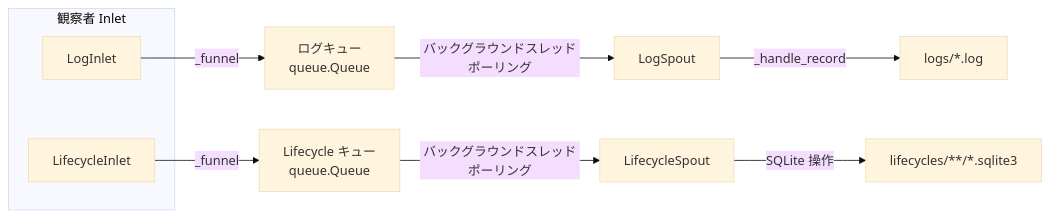
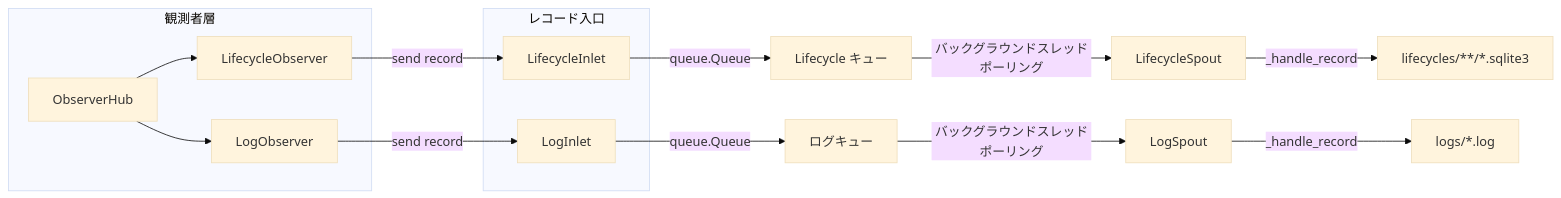
The diagram in docs/ja/src/persist/__init__.md (Mr-xiaotian/CelestialFlow), drawn with Mermaid (base theme) before and after one commit. The commit also changed other lines of this file and 176 other files, not shown here.

````diff
--- a/docs/ja/src/persist/__init__.md
+++ b/docs/ja/src/persist/__init__.md
@@ -68,16 +94,21 @@
 ```mermaid
 flowchart LR
-    subgraph Producer[観察者 Inlet]
-        LogInlet[LogInlet]
-        LifecycleInlet[LifecycleInlet]
+    subgraph EventBus[観測者層]
+        Hub[ObserverHub] --> LifecycleObs[LifecycleObserver]
+        Hub --> LogObs[LogObserver]
     end
 
-    LogInlet -->|_funnel| LogQueue[ログキュー<br/>queue.Queue]
-    LifecycleInlet -->|_funnel| LifecycleQueue[Lifecycle キュー<br/>queue.Queue]
+    subgraph Producer[レコード入口]
+        LifecycleObs -->|send record| LifecycleInlet[LifecycleInlet]
+        LogObs -->|send record| LogInlet[LogInlet]
+    end
 
+    LifecycleInlet -->|queue.Queue| LifecycleQueue[Lifecycle キュー]
+    LogInlet -->|queue.Queue| LogQueue[ログキュー]
+
+    LifecycleQueue -->|バックグラウンドスレッドポーリング| LifecycleSpout[LifecycleSpout]
     LogQueue -->|バックグラウンドスレッドポーリング| LogSpout[LogSpout]
-    LifecycleQueue -->|バックグラウンドスレッドポーリング| LifecycleSpout[LifecycleSpout]
 
+    LifecycleSpout -->|_handle_record| SQLiteFile[lifecycles/**/*.sqlite3]
     LogSpout -->|_handle_record| LogFile[logs/*.log]
-    LifecycleSpout -->|SQLite 操作| SQLiteFile[lifecycles/**/*.sqlite3]
 ```
````
